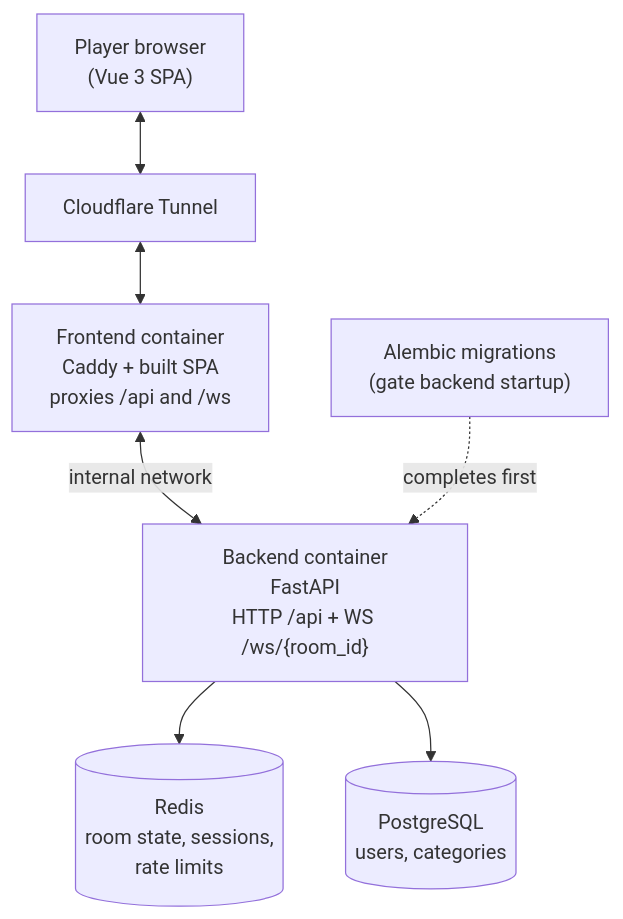
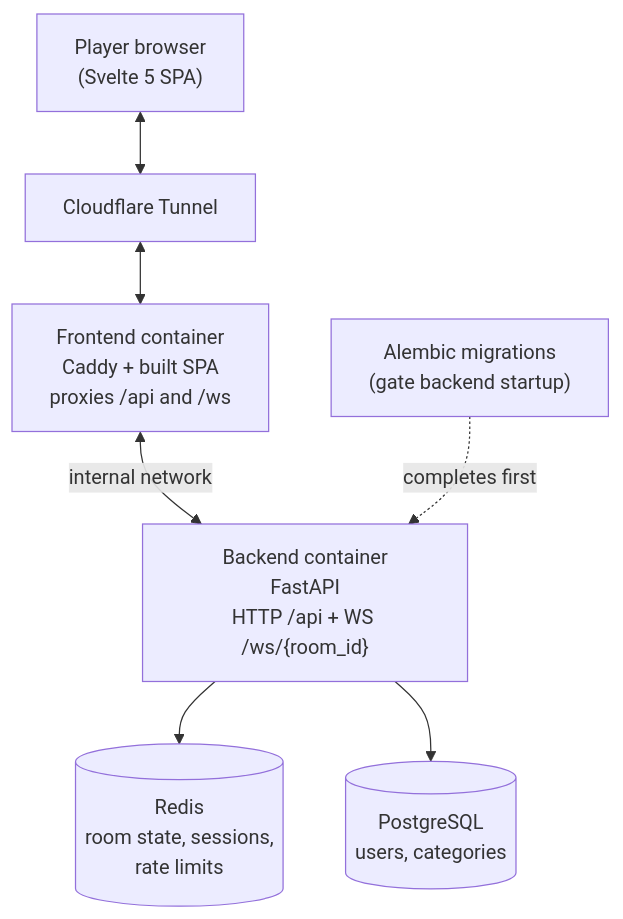
One commit to simonvanlierde/6-second-scribbles changed the first of 3 diagrams in docs/architecture.md. Above: the diagram before and after it, drawn with Mermaid. The commit also changed other lines of this file and 220 other files, not shown here.

````diff
--- a/docs/architecture.md
+++ b/docs/architecture.md
@@ -16,17 +16,17 @@
 ```mermaid
 flowchart TD
-    Browser["Player browser<br/>(Vue 3 SPA)"]
+    Browser["Player browser<br/>(Svelte 5 SPA)"]
     Tunnel["Cloudflare Tunnel"]
     Frontend["Frontend container<br/>Caddy + built SPA<br/>proxies /api and /ws"]
     Backend["Backend container<br/>FastAPI<br/>HTTP /api + WS /ws/{room_id}"]
     Redis[("Redis<br/>room state, sessions,<br/>rate limits")]
     Postgres[("PostgreSQL<br/>users, categories")]
     Migrations["Alembic migrations<br/>(gate backend startup)"]
 
     Browser <--> Tunnel
     Tunnel <--> Frontend
     Frontend <-->|internal network| Backend
     Backend --> Redis
     Backend --> Postgres
     Migrations -.->|completes first| Backend
 ```
````
